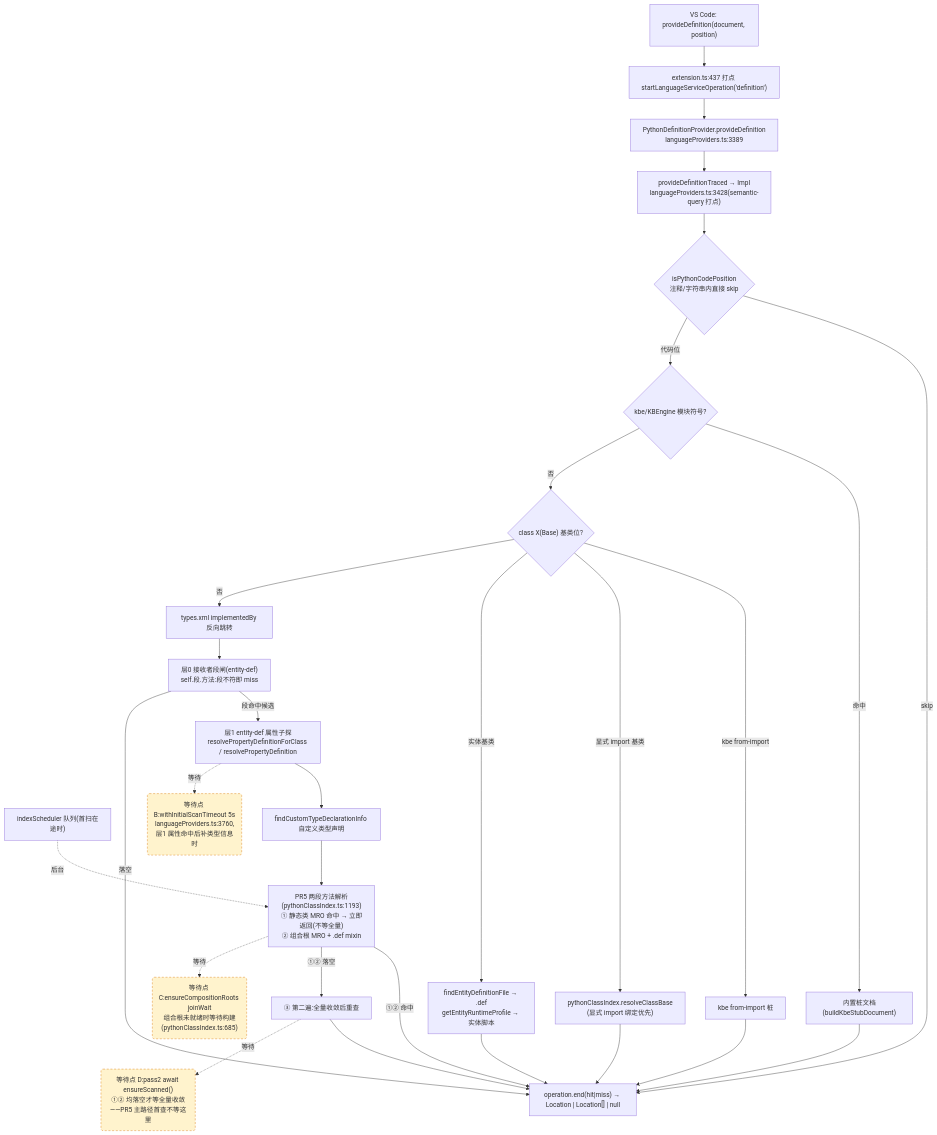
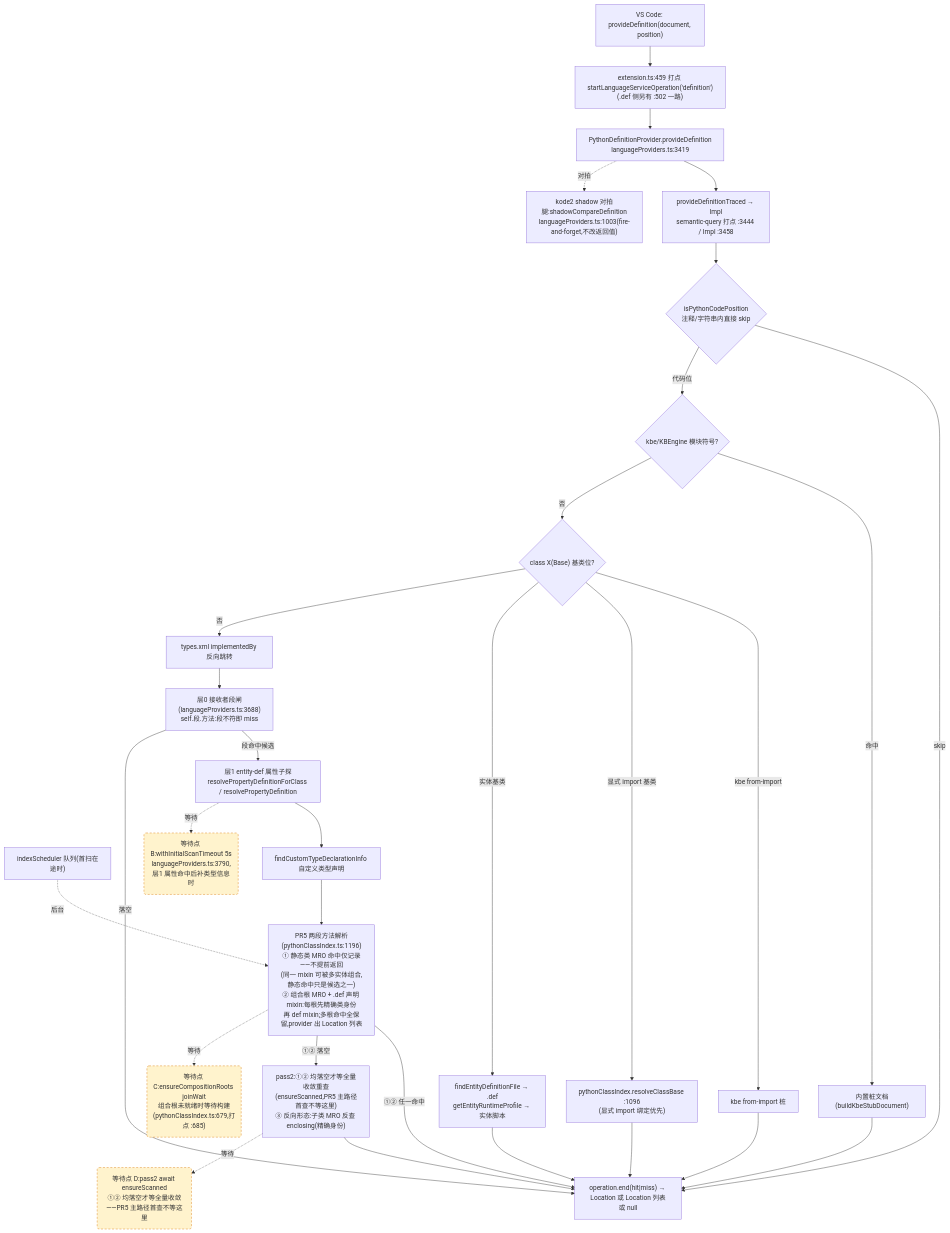
The second of 4 diagrams in docs/perf/2026-baseline.md (cuihairu/kode), drawn with Mermaid before and after one commit. The commit also changed other lines of this file and 1 other file, not shown here.

Commit message:
docs: add call chain diagrams to perf baseline

````diff
--- a/docs/perf/2026-baseline.md
+++ b/docs/perf/2026-baseline.md
@@ -128,49 +128,51 @@
 ```mermaid
 flowchart TD
   VC2["VS Code: provideDefinition(document, position)"]
-  M2["extension.ts:437 打点 startLanguageServiceOperation('definition')"]
-  AD2["PythonDefinitionProvider.provideDefinition<br/>languageProviders.ts:3389"]
-  TR["provideDefinitionTraced → Impl<br/>languageProviders.ts:3428(semantic-query 打点)"]
+  M2["extension.ts:459 打点 startLanguageServiceOperation('definition')<br/>(.def 侧另有 :502 一路)"]
+  AD2["PythonDefinitionProvider.provideDefinition<br/>languageProviders.ts:3419"]
+  TR["provideDefinitionTraced → Impl<br/>semantic-query 打点 :3444 / Impl :3458"]
   CTX{"isPythonCodePosition<br/>注释/字符串内直接 skip"}
   KBE{"kbe/KBEngine 模块符号?"}
   STUB["内置桩文档(buildKbeStubDocument)"]
   CB{"class X(Base) 基类位?"}
   CB1["kbe from-import 桩"]
-  CB2["pythonClassIndex.resolveClassBase<br/>(显式 import 绑定优先)"]
+  CB2["pythonClassIndex.resolveClassBase :1096<br/>(显式 import 绑定优先)"]
   CB3["findEntityDefinitionFile → .def<br/>getEntityRuntimeProfile → 实体脚本"]
   REV["types.xml implementedBy 反向跳转"]
-  L0["层0 接收者段闸(entity-def)<br/>self.段.方法:段不符即 miss"]
+  L0["层0 接收者段闸(languageProviders.ts:3688)<br/>self.段.方法:段不符即 miss"]
   L1["层1 entity-def 属性子探<br/>resolvePropertyDefinitionForClass / resolvePropertyDefinition"]
   SCAN["indexScheduler 队列(首扫在途时)"]
   TY["findCustomTypeDeclarationInfo 自定义类型声明"]
-  MRO["PR5 两段方法解析(pythonClassIndex.ts:1193)<br/>① 静态类 MRO 命中 → 立即返回(不等全量)<br/>② 组合根 MRO + .def mixin"]
-  PASS2["③ 第二遍:全量收敛后重查"]
-  END2["operation.end(hit|miss) → Location | Location[] | null"]
+  MRO["PR5 两段方法解析(pythonClassIndex.ts:1196)<br/>① 静态类 MRO 命中仅记录——不提前返回<br/>(同一 mixin 可被多实体组合,静态命中只是候选之一)<br/>② 组合根 MRO + .def 声明 mixin:每根先精确类身份<br/>再 def mixin;多根命中全保留,provider 出 Location 列表"]
+  PASS2["pass2:①② 均落空才等全量收敛重查<br/>(ensureScanned,PR5 主路径首查不等这里)<br/>③ 反向形态:子类 MRO 反查 enclosing(精确身份)"]
+  SHD["kode2 shadow 对拍腿:shadowCompareDefinition<br/>languageProviders.ts:1003(fire-and-forget,不改返回值)"]
+  END2["operation.end(hit|miss) → Location 或 Location 列表或 null"]
 
   VC2 --> M2 --> AD2 --> TR --> CTX
   CTX -- "skip" --> END2
   CTX -- "代码位" --> KBE
   KBE -- "命中" --> STUB --> END2
   KBE -- "否" --> CB
   CB -- "kbe from-import" --> CB1 --> END2
   CB -- "显式 import 基类" --> CB2 --> END2
   CB -- "实体基类" --> CB3 --> END2
   CB -- "否" --> REV --> L0
   L0 -- "段命中候选" --> L1
   L0 -- "落空" --> END2
   L1 --> TY
   TY --> MRO
-  MRO -- "①② 命中" --> END2
+  MRO -- "①② 任一命中" --> END2
   MRO -- "①② 落空" --> PASS2 --> END2
+  AD2 -.->|对拍| SHD
 
-  WAITB("等待点 B:withInitialScanTimeout 5s<br/>languageProviders.ts:3760,层1 属性命中后补类型信息时")
-  WAITC("等待点 C:ensureCompositionRoots joinWait<br/>组合根未就绪时等待构建(pythonClassIndex.ts:685)")
-  WAITD("等待点 D:pass2 await ensureScanned()<br/>①② 均落空才等全量收敛——PR5 主路径首查不等这里")
+  WAITB("等待点 B:withInitialScanTimeout 5s<br/>languageProviders.ts:3790,层1 属性命中后补类型信息时")
+  WAITC("等待点 C:ensureCompositionRoots joinWait<br/>组合根未就绪时等待构建(pythonClassIndex.ts:679,打点 :685)")
+  WAITD("等待点 D:pass2 await ensureScanned<br/>①② 均落空才等全量收敛——PR5 主路径首查不等这里")
   L1 -.->|等待| WAITB
   MRO -.->|等待| WAITC
   PASS2 -.->|等待| WAITD
   SCAN -.->|后台| MRO
 
   classDef waitPoint fill:#fff3cd,stroke:#d97706,stroke-dasharray:5 4;
   class WAITB,WAITC,WAITD waitPoint;
 ```
````
